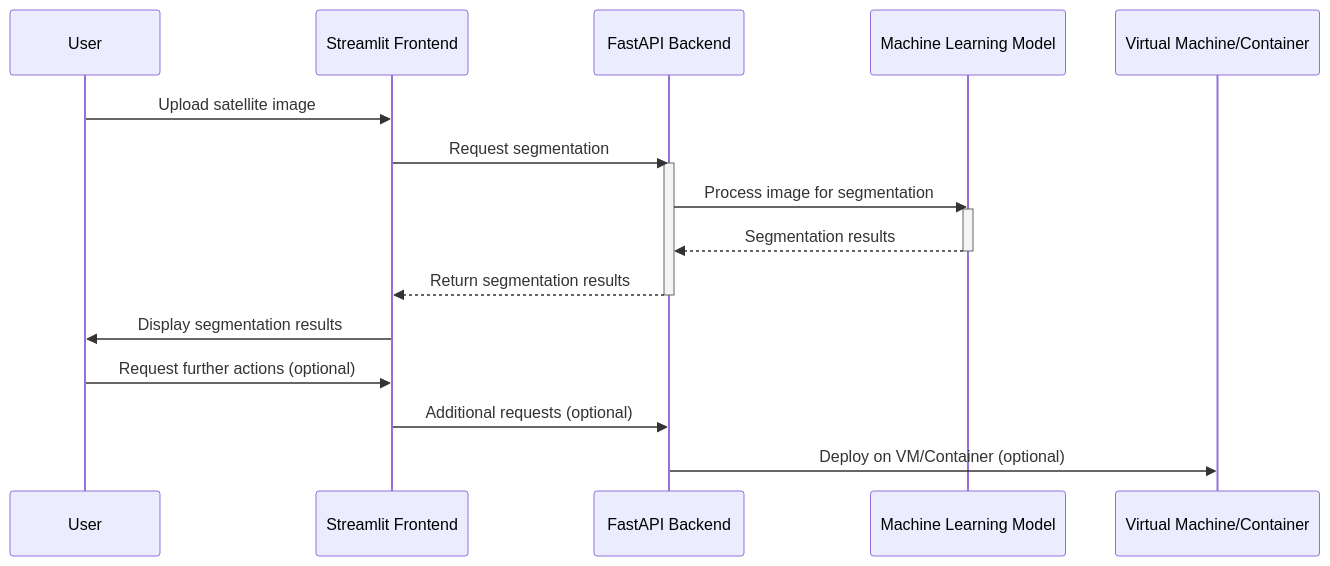
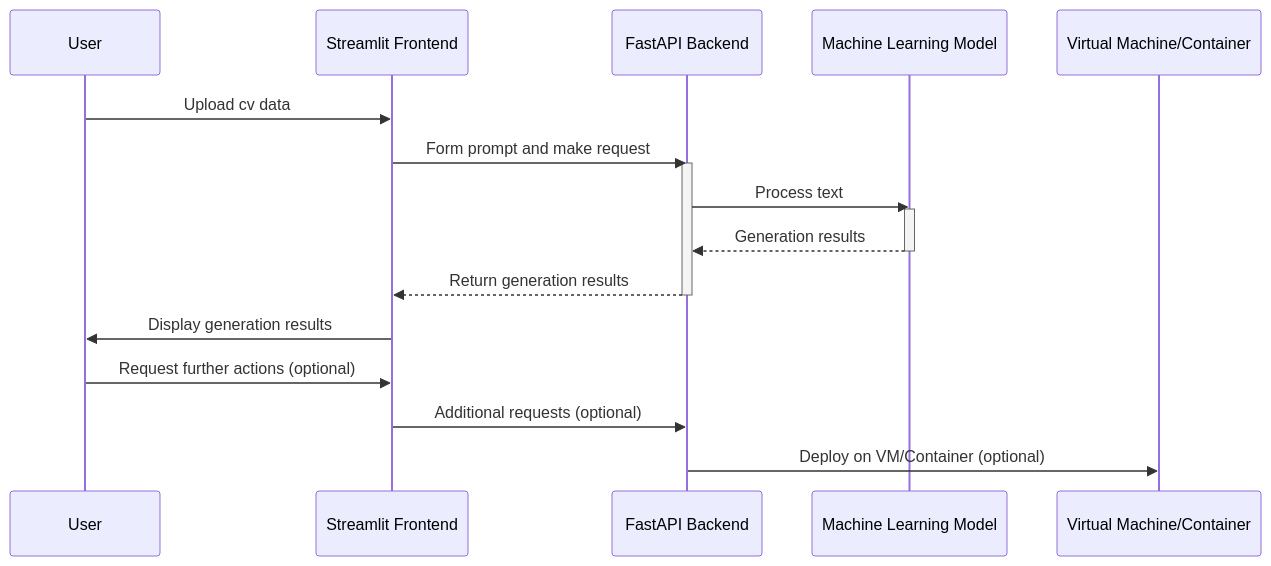
Before and after one commit to dripowner/cv-generation: the second of 2 diagrams in ml_system_design/ML_sys_design_doc.md, drawn with Mermaid. The commit also changed other lines of this file, not shown here.

````diff
--- a/ml_system_design/ML_sys_design_doc.md
+++ b/ml_system_design/ML_sys_design_doc.md
@@ -187,23 +186,23 @@
 ```mermaid
 
 sequenceDiagram
     participant User as User
     participant Streamlit as Streamlit Frontend
     participant FastAPI as FastAPI Backend
     participant ML_Model as Machine Learning Model
     participant VM_Container as Virtual Machine/Container
 
-    User->>Streamlit: Upload satellite image
-    Streamlit->>FastAPI: Request segmentation
+    User->>Streamlit: Upload cv data
+    Streamlit->>FastAPI: Form prompt and make request
     activate FastAPI
-    FastAPI->>ML_Model: Process image for segmentation
+    FastAPI->>ML_Model: Process text
     activate ML_Model
-    ML_Model-->>FastAPI: Segmentation results
+    ML_Model-->>FastAPI: Generation results
     deactivate ML_Model
-    FastAPI-->>Streamlit: Return segmentation results
+    FastAPI-->>Streamlit: Return generation results
     deactivate FastAPI
-    Streamlit->>User: Display segmentation results
+    Streamlit->>User: Display generation results
     User->>Streamlit: Request further actions (optional)
     Streamlit->>FastAPI: Additional requests (optional)
     FastAPI->>VM_Container: Deploy on VM/Container (optional)
 ```
````
